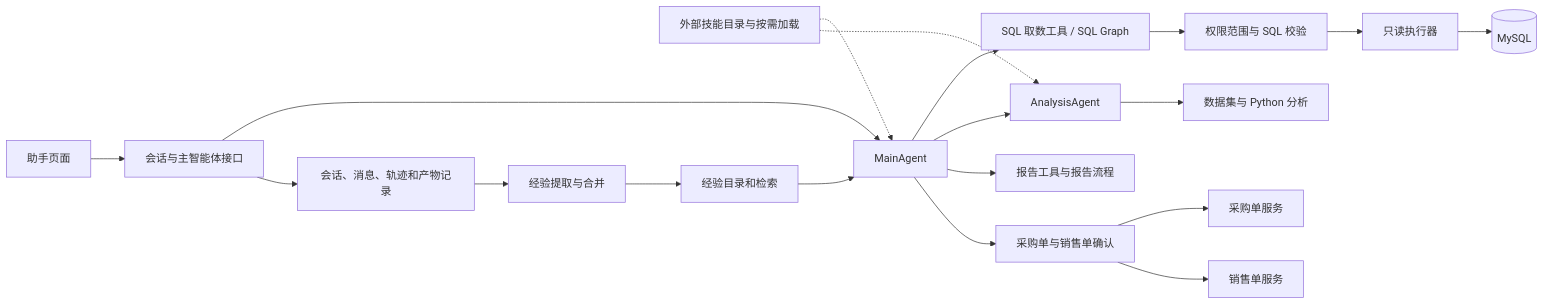
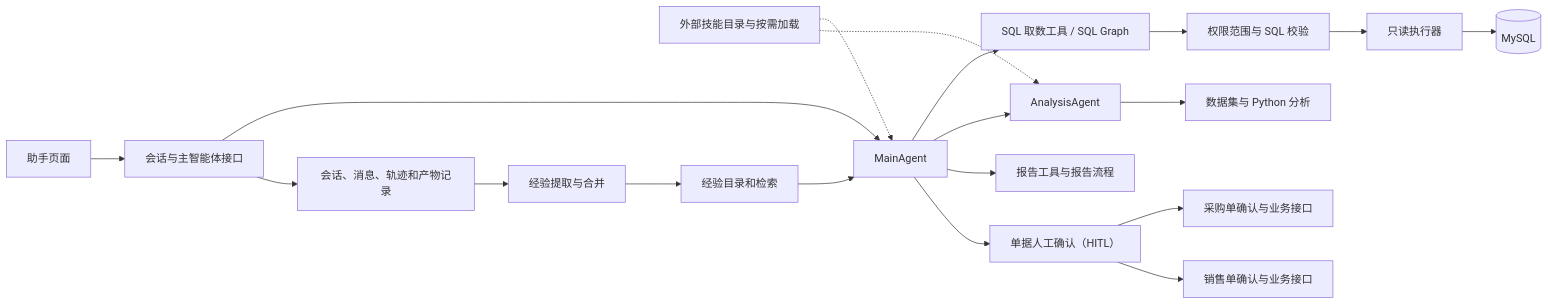
The first of 3 diagrams in docs/architecture/ai.md (LI-S-H/qiheng-erp), drawn with Mermaid before and after one commit. The commit also changed other lines of this file, not shown here.

````diff
--- a/docs/architecture/ai.md
+++ b/docs/architecture/ai.md
@@ -5,21 +5,21 @@
 ```mermaid
 flowchart LR
     UI[助手页面] --> API[会话与主智能体接口]
     API --> MAIN[MainAgent]
     MAIN --> SQL[SQL 取数工具 / SQL Graph]
     SQL --> GUARD[权限范围与 SQL 校验]
     GUARD --> READ[只读执行器]
     READ --> DB[(MySQL)]
     MAIN --> ANALYSIS[AnalysisAgent]
     ANALYSIS --> DATA[数据集与 Python 分析]
     MAIN --> REPORT[报告工具与报告流程]
-    MAIN --> DRAFT[采购单与销售单确认]
-    DRAFT --> PURCHASE[采购单服务]
-    DRAFT --> SALES[销售单服务]
+    MAIN --> DRAFT[单据人工确认（HITL）]
+    DRAFT --> PURCHASE[采购单确认与业务接口]
+    DRAFT --> SALES[销售单确认与业务接口]
     SKILL[外部技能目录与按需加载] -.-> MAIN
     SKILL -.-> ANALYSIS
     API --> STORE[会话、消息、轨迹和产物记录]
     STORE --> EXP[经验提取与合并]
     EXP --> CATALOG[经验目录和检索]
     CATALOG --> MAIN
 ```
````
